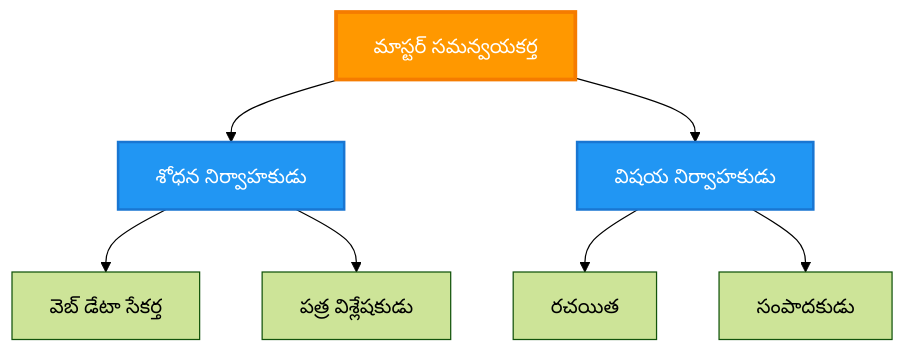
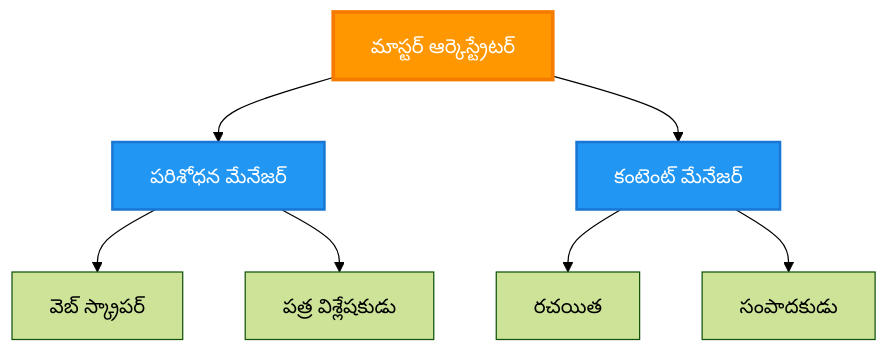
The third of 6 diagrams in translations/te/docs/chapter-06-pre-deployment/coordination-patterns.md (microsoft/AZD-for-beginners), drawn with Mermaid (forest theme) before and after one commit. The commit also changed other lines of this file and 102 other files, not shown here.

````diff
--- a/translations/te/docs/chapter-06-pre-deployment/coordination-patterns.md
+++ b/translations/te/docs/chapter-06-pre-deployment/coordination-patterns.md
@@ -149,21 +143,21 @@
 ```mermaid
 graph TB
-    Master[మాస్టర్ సమన్వయకర్త]
-    Manager1[శోధన నిర్వాహకుడు]
-    Manager2[విషయ నిర్వాహకుడు]
-    W1[వెబ్ డేటా సేకర్త]
+    Master[మాస్టర్ ఆర్కెస్ట్రేటర్]
+    Manager1[పరిశోధన మేనేజర్]
+    Manager2[కంటెంట్ మేనేజర్]
+    W1[వెబ్ స్క్రాపర్]
     W2[పత్ర విశ్లేషకుడు]
     W3[రచయిత]
     W4[సంపాదకుడు]
     
     Master --> Manager1
     Master --> Manager2
     Manager1 --> W1
     Manager1 --> W2
     Manager2 --> W3
     Manager2 --> W4
     
     style Master fill:#FF9800,stroke:#F57C00,stroke-width:3px,color:#fff
     style Manager1 fill:#2196F3,stroke:#1976D2,stroke-width:2px,color:#fff
     style Manager2 fill:#2196F3,stroke:#1976D2,stroke-width:2px,color:#fff
 ```
````
